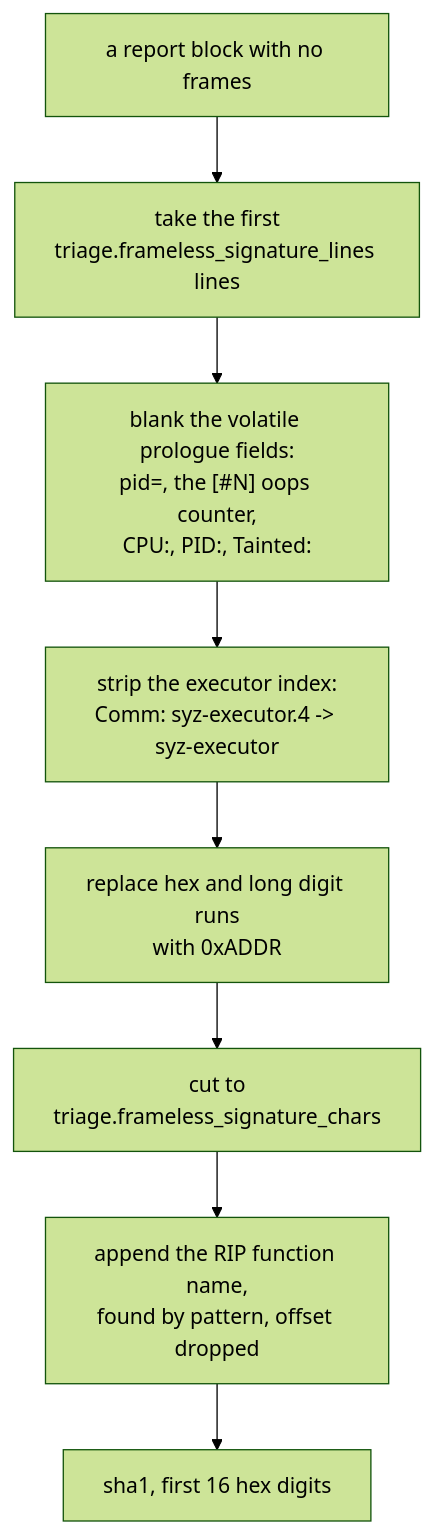
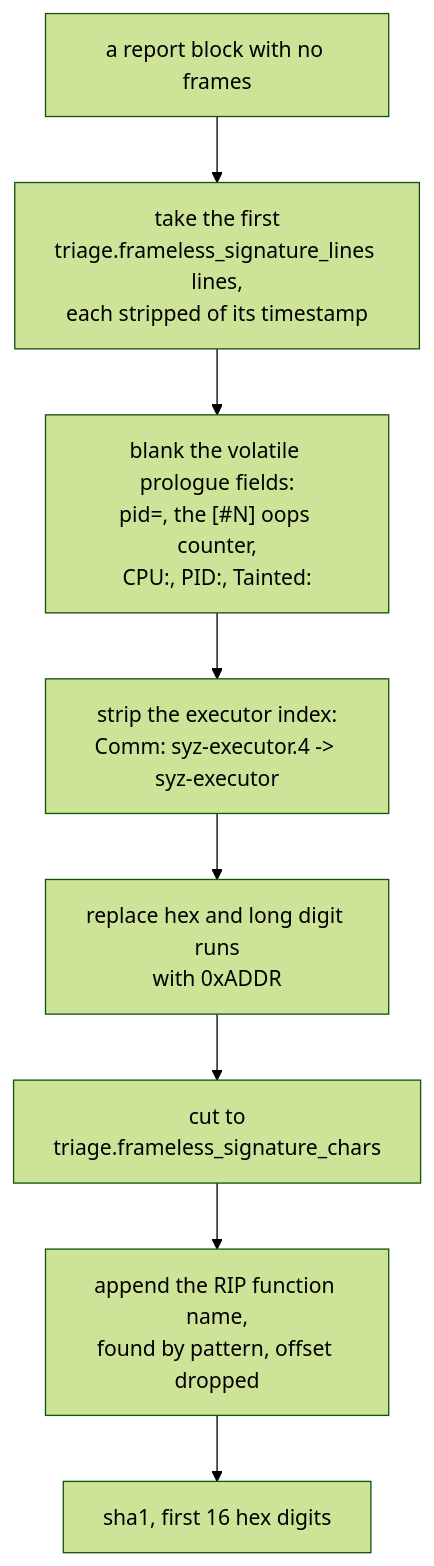
One commit to Indspl0it/gspwn changed the first of 2 diagrams in docs/src/content/docs/architecture/crash-identity.md. Above: the diagram before and after it, drawn with Mermaid (forest theme). The commit also changed other lines of this file and 15 other files, not shown here.

First line of the commit message:
Rewrite the Architecture pages against source

````diff
--- a/docs/src/content/docs/architecture/crash-identity.md
+++ b/docs/src/content/docs/architecture/crash-identity.md
@@ -87,10 +90,10 @@
 ```mermaid
 flowchart TB
-  B["a report block with no frames"] --> H["take the first<br/>triage.frameless_signature_lines lines"]
+  B["a report block with no frames"] --> H["take the first<br/>triage.frameless_signature_lines lines,<br/>each stripped of its timestamp"]
   H --> V["blank the volatile prologue fields:<br/>pid=, the [#N] oops counter,<br/>CPU:, PID:, Tainted:"]
   V --> CI["strip the executor index:<br/>Comm: syz-executor.4 -> syz-executor"]
   CI --> HX["replace hex and long digit runs<br/>with 0xADDR"]
   HX --> CUT["cut to<br/>triage.frameless_signature_chars"]
   CUT --> RIP["append the RIP function name,<br/>found by pattern, offset dropped"]
   RIP --> SHA["sha1, first 16 hex digits"]
 ```
````
